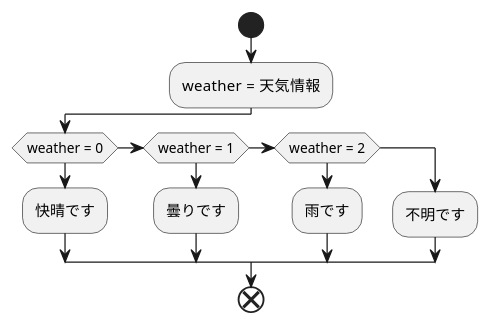
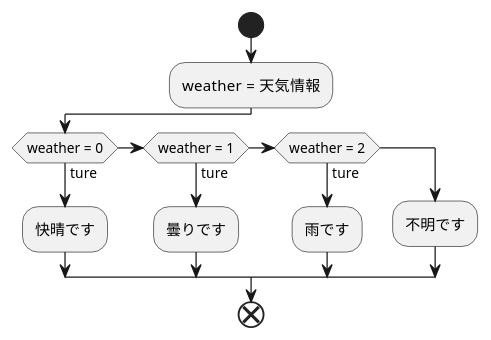
The diagram in kadai3.md (Aso2001392/2021sys-design), drawn with PlantUML before and after one commit.

````diff
--- a/kadai3.md
+++ b/kadai3.md
@@ -1,20 +1,20 @@
 ```uml
 
 @startuml
 start
 :weather  = 天気情報;
 
-if(weather = 0)
+if(weather = 0)then(ture)
 :快晴です;
-else if(weather = 1)
+else if(weather = 1)then(ture)
 :曇りです;
-else if(weather = 2)
+else if(weather = 2)then(ture)
 :雨です;
 else
 :不明です;
 endif
 
 end
 @enduml
 
 ```
````
